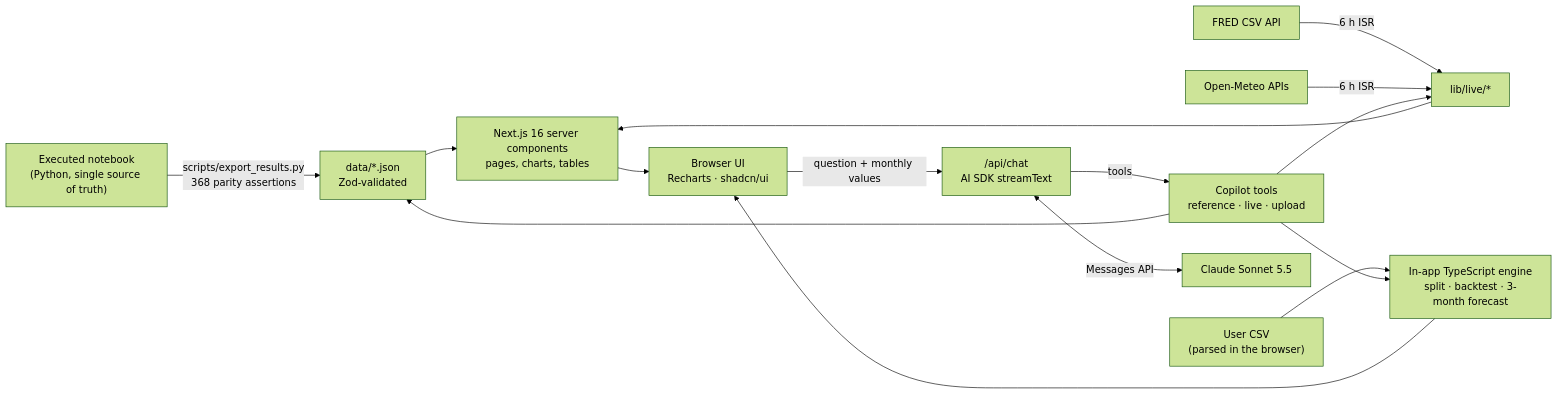
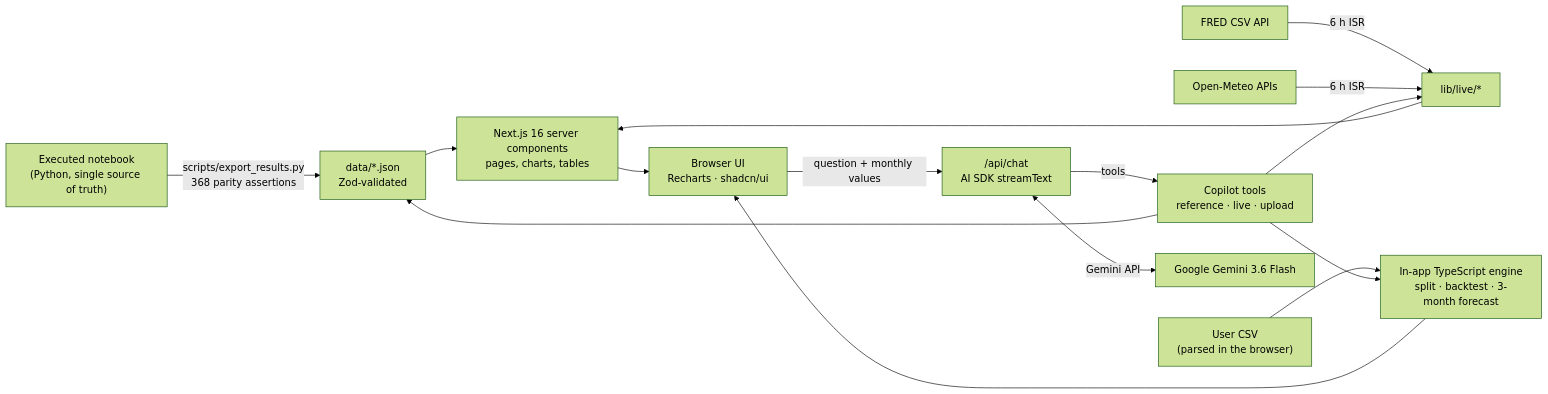
One commit to krish2105/krishna-mathur-bevcast-ai-forecasting changed the diagram in README.md. Above: the diagram before and after it, drawn with Mermaid (forest theme). The commit also changed other lines of this file and 17 other files, not shown here.

First line of the commit message:
Switch the Copilot and AI summary from Anthropic to Google Gemini

````diff
--- a/README.md
+++ b/README.md
@@ -152,17 +153,17 @@
 ```mermaid
 flowchart LR
   NB["Executed notebook<br/>(Python, single source of truth)"] -->|scripts/export_results.py<br/>368 parity assertions| JSON["data/*.json<br/>Zod-validated"]
   JSON --> RSC["Next.js 16 server components<br/>pages, charts, tables"]
   CSV["User CSV<br/>(parsed in the browser)"] --> ENG["In-app TypeScript engine<br/>split · backtest · 3-month forecast"]
   RSC --> UI["Browser UI<br/>Recharts · shadcn/ui"]
   ENG --> UI
   FRED["FRED CSV API"] -->|6 h ISR| LIVE["lib/live/*"]
   OM["Open-Meteo APIs"] -->|6 h ISR| LIVE
   LIVE --> RSC
   UI -->|question + monthly values| CHAT["/api/chat<br/>AI SDK streamText"]
   CHAT -->|tools| TOOLS["Copilot tools<br/>reference · live · upload"]
   TOOLS --> JSON
   TOOLS --> LIVE
   TOOLS --> ENG
-  CHAT <-->|Messages API| CLAUDE["Claude Sonnet 5.5"]
+  CHAT <-->|Gemini API| GEMINI["Google Gemini 3.6 Flash"]
 ```
````
